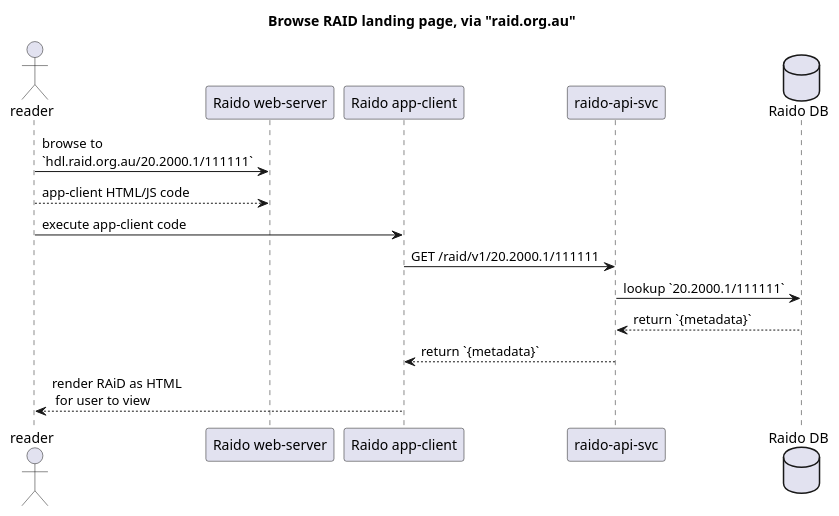
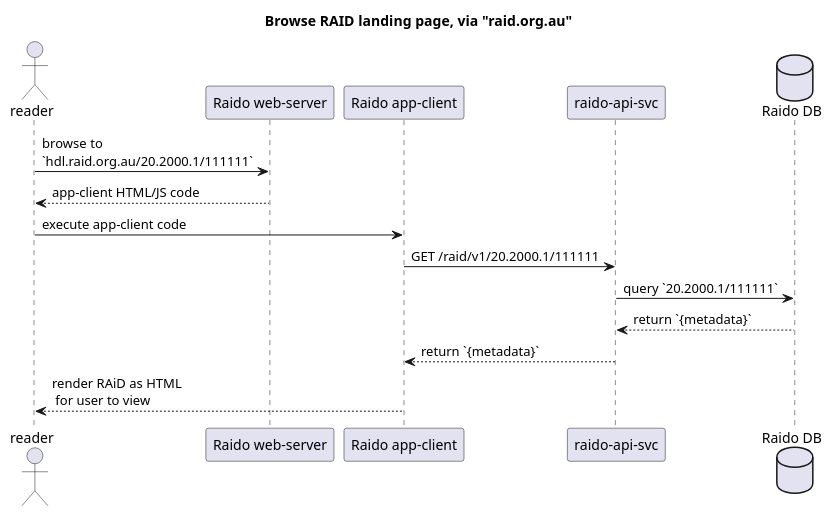
Before and after one commit to au-research/raido: the diagram in doc/architecture/cnri-handle/browse-raid-via-raido.plantuml, drawn with PlantUML. The commit also changed 5 other files, not shown here.

```diff
--- a/doc/architecture/cnri-handle/browse-raid-via-raido.plantuml
+++ b/doc/architecture/cnri-handle/browse-raid-via-raido.plantuml
@@ -1,23 +1,23 @@
 @startuml
 title Browse RAID landing page, via "raid.org.au"
 
 actor "reader" as reader
 
 
 
 participant "Raido web-server" as raidoWeb
-participant "Raido app-client" as appClient
+participant "Raido app-client" as raidAppClient
 
 participant "raido-api-svc" as raidoApi
 database "Raido DB" as raidoDb
 
 
 reader -> raidoWeb: browse to \n`hdl.raid.org.au/20.2000.1/111111`
-raidoWeb <-- reader: app-client HTML/JS code
-reader -> appClient: execute app-client code  
-appClient -> raidoApi: GET /raid/v1/20.2000.1/111111
-raidoApi -> raidoDb: lookup `20.2000.1/111111`
+reader <-- raidoWeb: app-client HTML/JS code
+reader -> raidAppClient: execute app-client code  
+raidAppClient -> raidoApi: GET /raid/v1/20.2000.1/111111
+raidoApi -> raidoDb: query `20.2000.1/111111`
 raidoDb --> raidoApi: return `{metadata}`
-raidoApi --> appClient: return `{metadata}`
-appClient --> reader: render RAiD as HTML\n for user to view  
+raidoApi --> raidAppClient: return `{metadata}`
+raidAppClient --> reader: render RAiD as HTML\n for user to view  
 @enduml
```
